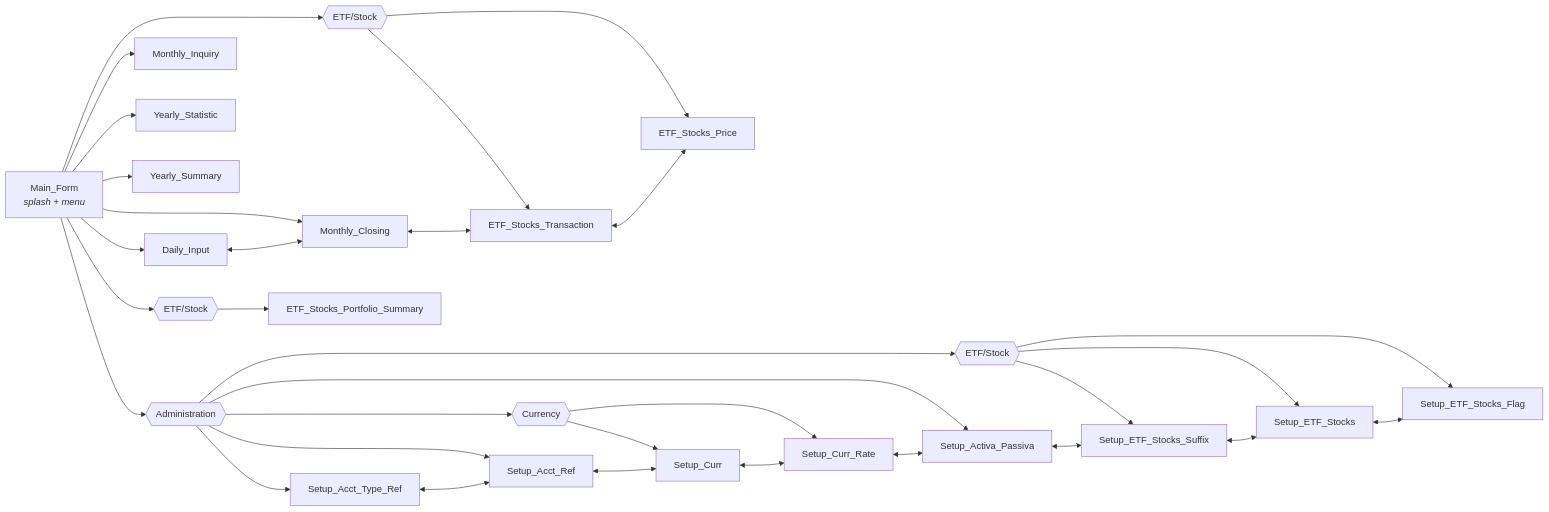
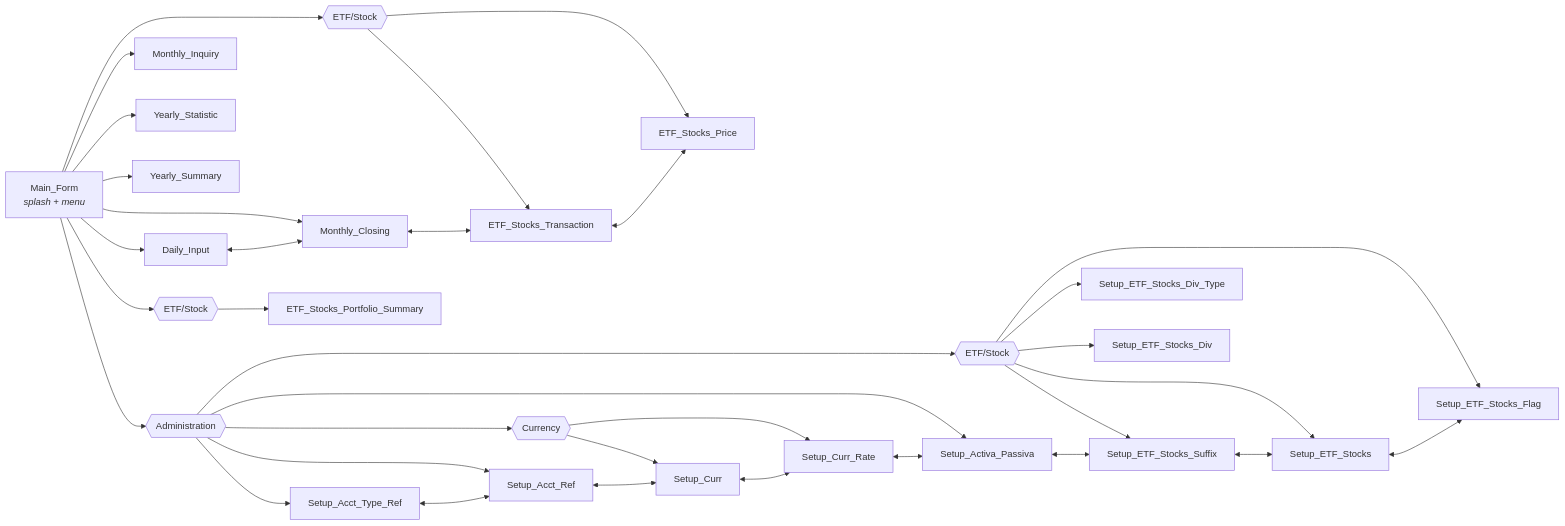
One commit to oscar-rijadi/FinancialBalance changed the second of 3 diagrams in README.md. Above: the diagram before and after it, drawn with Mermaid. The commit also changed other lines of this file and 56 other files, not shown here.

Commit message:
Implement StocksDiversificationType and StocksDiversification

````diff
--- a/README.md
+++ b/README.md
@@ -101,39 +101,41 @@
 ```mermaid
 flowchart LR
     MAIN["Main_Form<br/><i>splash + menu</i>"]
 
     MAIN --> DI["Daily_Input"]
     MAIN --> MC["Monthly_Closing"]
     MAIN --> PETFG{{"ETF/Stock"}}
     PETFG --> ETX["ETF_Stocks_Transaction"]
     PETFG --> ETP["ETF_Stocks_Price"]
     MAIN --> MI["Monthly_Inquiry"]
     MAIN --> YT["Yearly_Statistic"]
     MAIN --> YS["Yearly_Summary"]
     MAIN --> PORTG{{"ETF/Stock"}}
     PORTG --> PSUM["ETF_Stocks_Portfolio_Summary"]
 
     MAIN --> ADMIN{{"Administration"}}
     ADMIN --> SATR["Setup_Acct_Type_Ref"]
     ADMIN --> SAR["Setup_Acct_Ref"]
     ADMIN --> CURG{{"Currency"}}
     CURG --> SC["Setup_Curr"]
     CURG --> SCR["Setup_Curr_Rate"]
     ADMIN --> SAP["Setup_Activa_Passiva"]
     ADMIN --> ETFG{{"ETF/Stock"}}
     ETFG --> SES["Setup_ETF_Stocks_Suffix"]
     ETFG --> SET["Setup_ETF_Stocks"]
     ETFG --> SEF["Setup_ETF_Stocks_Flag"]
+    ETFG --> SDT["Setup_ETF_Stocks_Div_Type"]
+    ETFG --> SDV["Setup_ETF_Stocks_Div"]
 
     DI <--> MC
     MC <--> ETX
     ETX <--> ETP
 
     SATR <--> SAR
     SAR <--> SC
     SC <--> SCR
     SCR <--> SAP
     SAP <--> SES
     SES <--> SET
     SET <--> SEF
 ```
````
